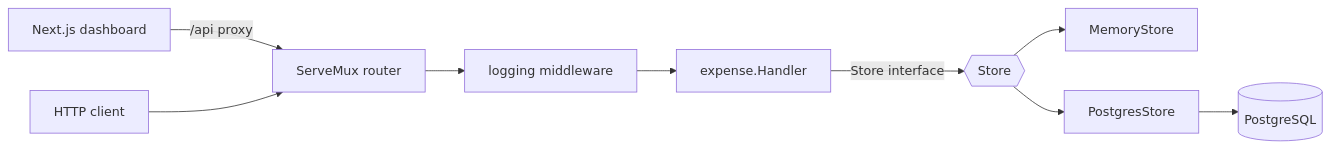
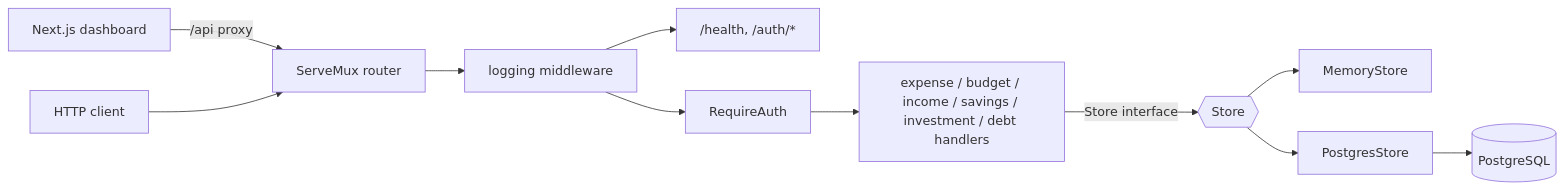
Before and after one commit to andreachico/go-expense-tracker: the diagram in README.md, drawn with Mermaid. The commit also changed other lines of this file, not shown here.

Commit message:
docs: update README for auth and new finance resources

````diff
--- a/README.md
+++ b/README.md
@@ -21,11 +26,13 @@
 ```mermaid
 flowchart LR
     browser[Next.js dashboard] -->|/api proxy| mux
     client[HTTP client] --> mux[ServeMux router]
     mux --> mw[logging middleware]
-    mw --> handler[expense.Handler]
-    handler -->|Store interface| iface{{Store}}
+    mw --> pub["/health, /auth/*"]
+    mw --> guard[RequireAuth]
+    guard --> handlers["expense / budget / income / savings / investment / debt handlers"]
+    handlers -->|Store interface| iface{{Store}}
     iface --> mem[MemoryStore]
     iface --> pg[PostgresStore]
     pg --> db[(PostgreSQL)]
 ```
````
